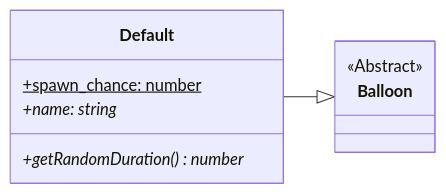
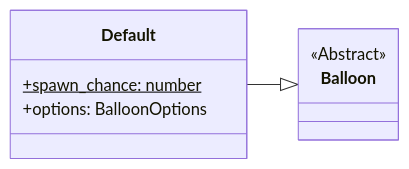
Before and after one commit to SimonStnn/pop-a-loon: the third of 3 diagrams in docs/README.md, drawn with Mermaid.

Commit message:
Update default balloon UML #214

````diff
--- a/docs/README.md
+++ b/docs/README.md
@@ -207,13 +207,12 @@
 ```mermaid
 classDiagram
 direction LR
 class Balloon { <<Abstract>> }
 click Balloon href "#abstract-balloon-class" "Abstract balloon class"
 
 class Default {
   +spawn_chance: number$
-  +name: string*
-  +getRandomDuration() number*
+  +options: BalloonOptions
 }
 Default --|> Balloon
 ```
````
